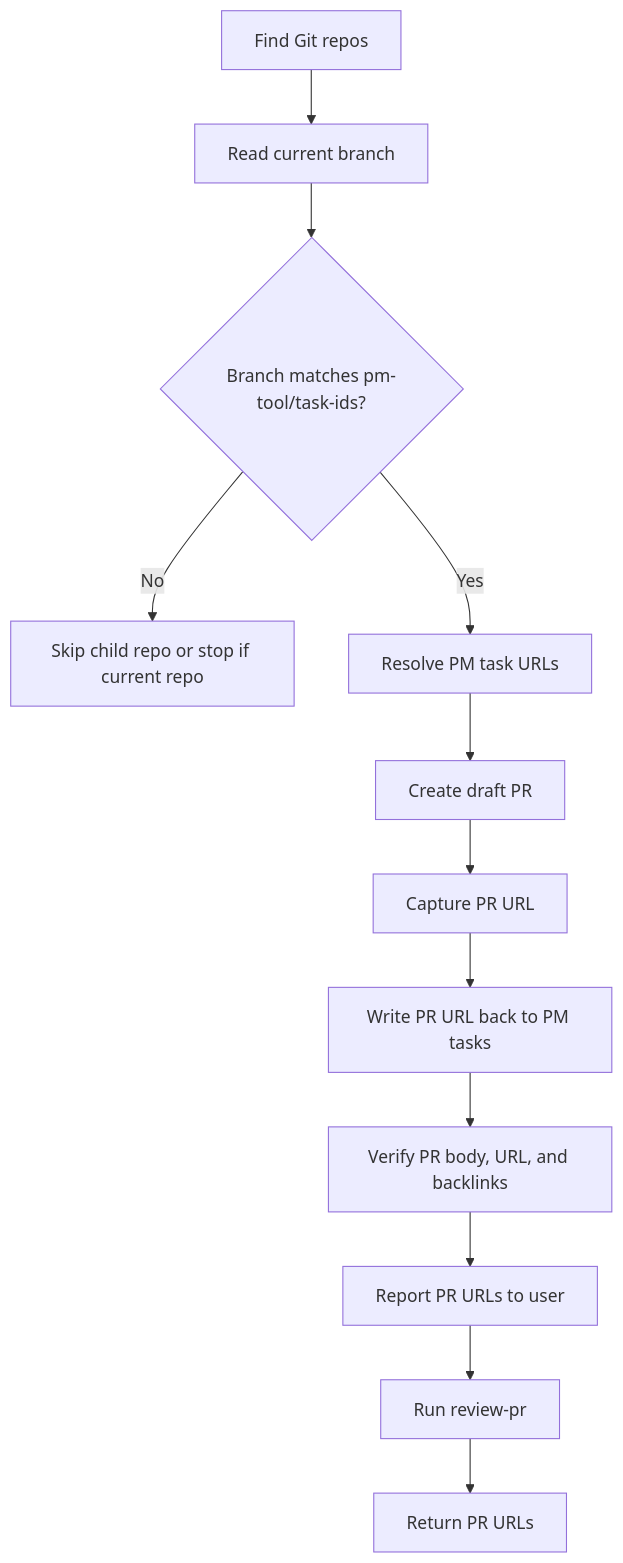
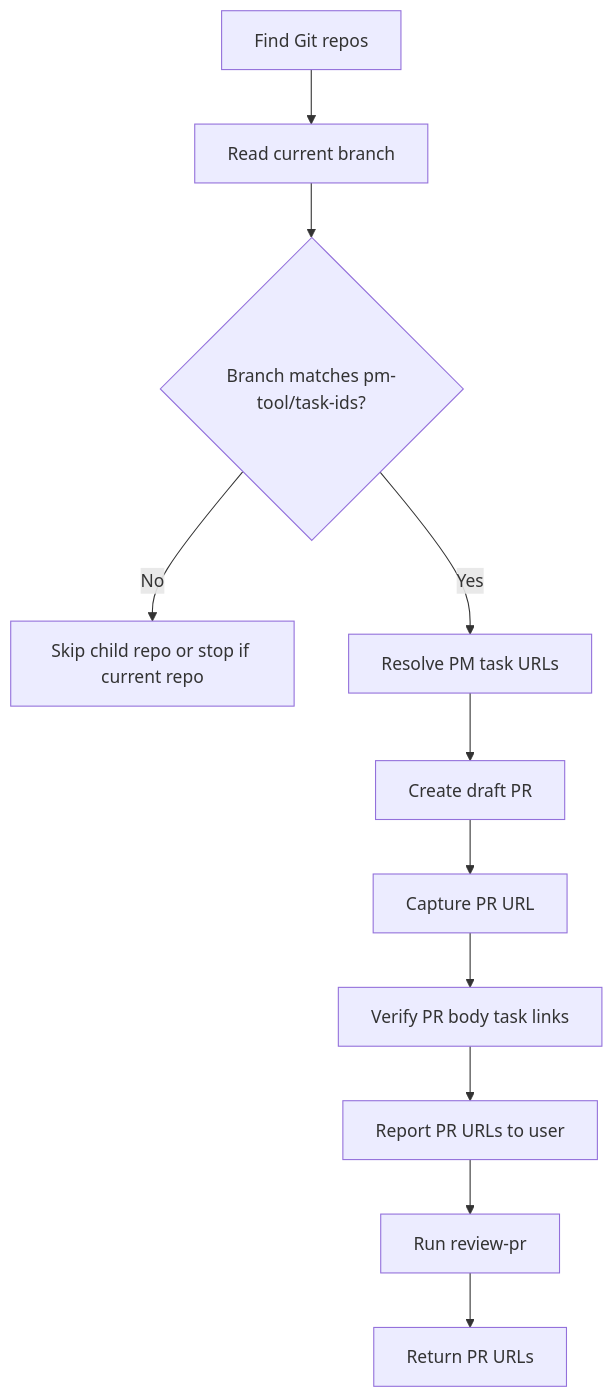
The diagram in skills/create-pr/SKILL.md (mvagnon/plan-based-agentic-workflow), drawn with Mermaid before and after one commit. The commit also changed other lines of this file and 7 other files, not shown here.

````diff
--- a/skills/create-pr/SKILL.md
+++ b/skills/create-pr/SKILL.md
@@ -24,14 +24,13 @@
 ```mermaid
 flowchart TD
   A[Find Git repos] --> B[Read current branch]
   B --> C{Branch matches pm-tool/task-ids?}
   C -->|No| D[Skip child repo or stop if current repo]
   C -->|Yes| E[Resolve PM task URLs]
   E --> F[Create draft PR]
   F --> G[Capture PR URL]
-  G --> H[Write PR URL back to PM tasks]
-  H --> I[Verify PR body, URL, and backlinks]
-  I --> J[Report PR URLs to user]
-  J --> K[Run review-pr]
-  K --> L[Return PR URLs]
+  G --> H[Verify PR body task links]
+  H --> I[Report PR URLs to user]
+  I --> J[Run review-pr]
+  J --> K[Return PR URLs]
 ```
````
